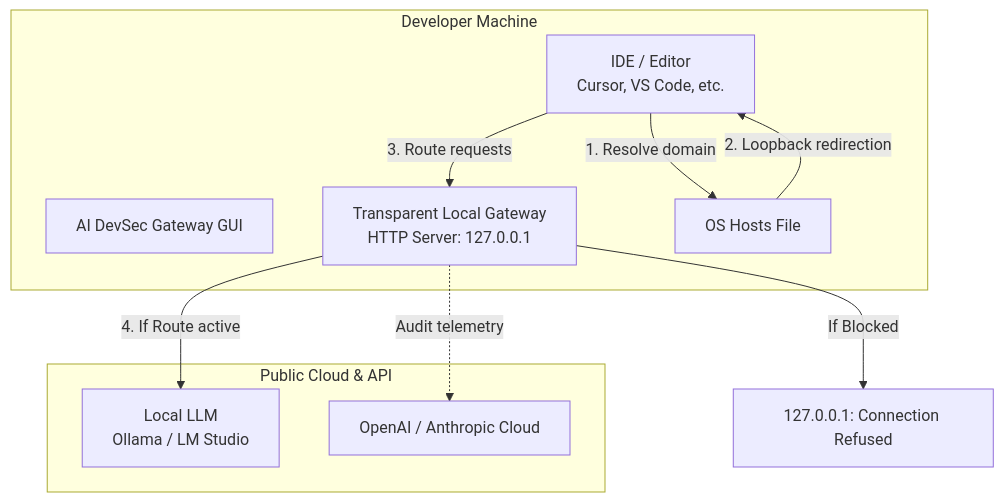
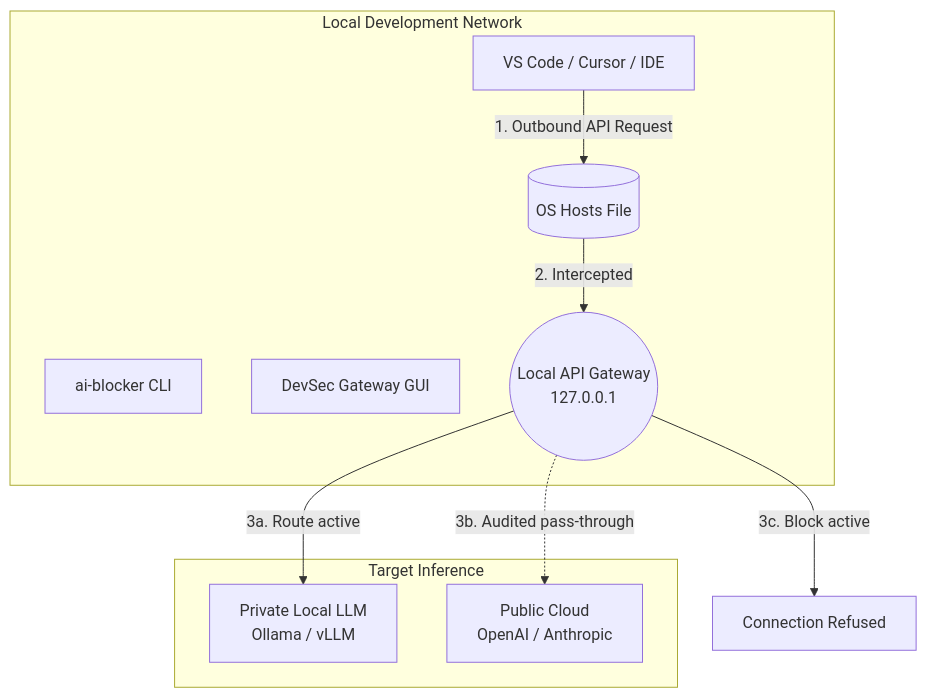
One commit to Akunimal/AI-Router-Blocker-AiO changed the diagram in README.md. Above: the diagram before and after it, drawn with Mermaid. The commit also changed other lines of this file and 1 other file, not shown here.

Commit message:
docs: rewrite README files to reflect DevSecOps enterprise scope and gateway features

````diff
--- a/README.md
+++ b/README.md
@@ -88,22 +68,23 @@
 ```mermaid
 graph TD
-    subgraph Client ["Developer Machine"]
-        IDE[IDE / Editor <br> Cursor, VS Code, etc.]
-        App[AI DevSec Gateway GUI]
-        Proxy[Transparent Local Gateway <br> HTTP Server: 127.0.0.1]
-        Hosts[OS Hosts File]
+    subgraph Local Environment ["Local Development Network"]
+        IDE[VS Code / Cursor / IDE]
+        CLI[ai-blocker CLI]
+        GUI[DevSec Gateway GUI]
+        
+        Gateway((Local API Gateway <br> 127.0.0.1))
+        OS_Hosts[(OS Hosts File)]
     end
 
-    subgraph External ["Public Cloud & API"]
-        Ollama[Local LLM <br> Ollama / LM Studio]
-        OpenAI[OpenAI / Anthropic Cloud]
+    subgraph External ["Target Inference"]
+        LocalLLM[Private Local LLM <br> Ollama / vLLM]
+        PublicCloud[Public Cloud <br> OpenAI / Anthropic]
     end
 
-    IDE -->|1. Resolve domain| Hosts
-    Hosts -->|2. Loopback redirection| IDE
-    IDE -->|3. Route requests| Proxy
+    IDE -->|1. Outbound API Request| OS_Hosts
+    OS_Hosts -->|2. Intercepted| Gateway
     
-    Proxy -->|If Blocked| Loopback[127.0.0.1: Connection Refused]
-    Proxy -->|4. If Route active| Ollama
-    Proxy -.->|Audit telemetry| OpenAI
+    Gateway -->|3a. Route active| LocalLLM
+    Gateway -.->|3b. Audited pass-through| PublicCloud
+    Gateway -->|3c. Block active| Drop[Connection Refused]
 ```
````
